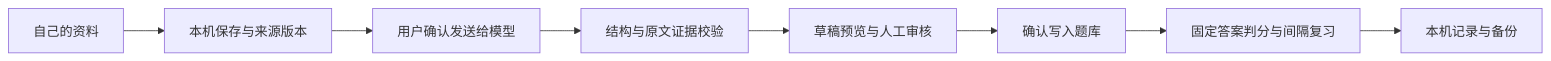
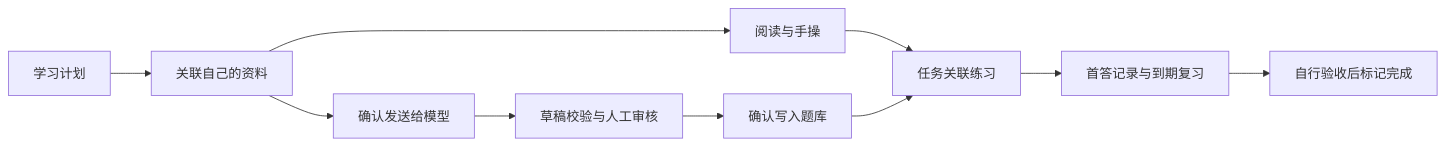
The diagram in README.md (chaosmakerw/codesprint-studio), drawn with Mermaid before and after one commit. The commit also changed other lines of this file and 27 other files, not shown here.

````diff
--- a/README.md
+++ b/README.md
@@ -75,10 +113,12 @@
 ```mermaid
 flowchart LR
-  A[自己的资料] --> B[本机保存与来源版本]
-  B --> C[用户确认发送给模型]
-  C --> D[结构与原文证据校验]
-  D --> E[草稿预览与人工审核]
+  A[学习计划] --> B[关联自己的资料]
+  B --> C[阅读与手操]
+  B --> D[确认发送给模型]
+  D --> E[草稿校验与人工审核]
   E --> F[确认写入题库]
-  F --> G[固定答案判分与间隔复习]
-  G --> H[本机记录与备份]
+  C --> G[任务关联练习]
+  F --> G
+  G --> H[首答记录与到期复习]
+  H --> I[自行验收后标记完成]
 ```
````
